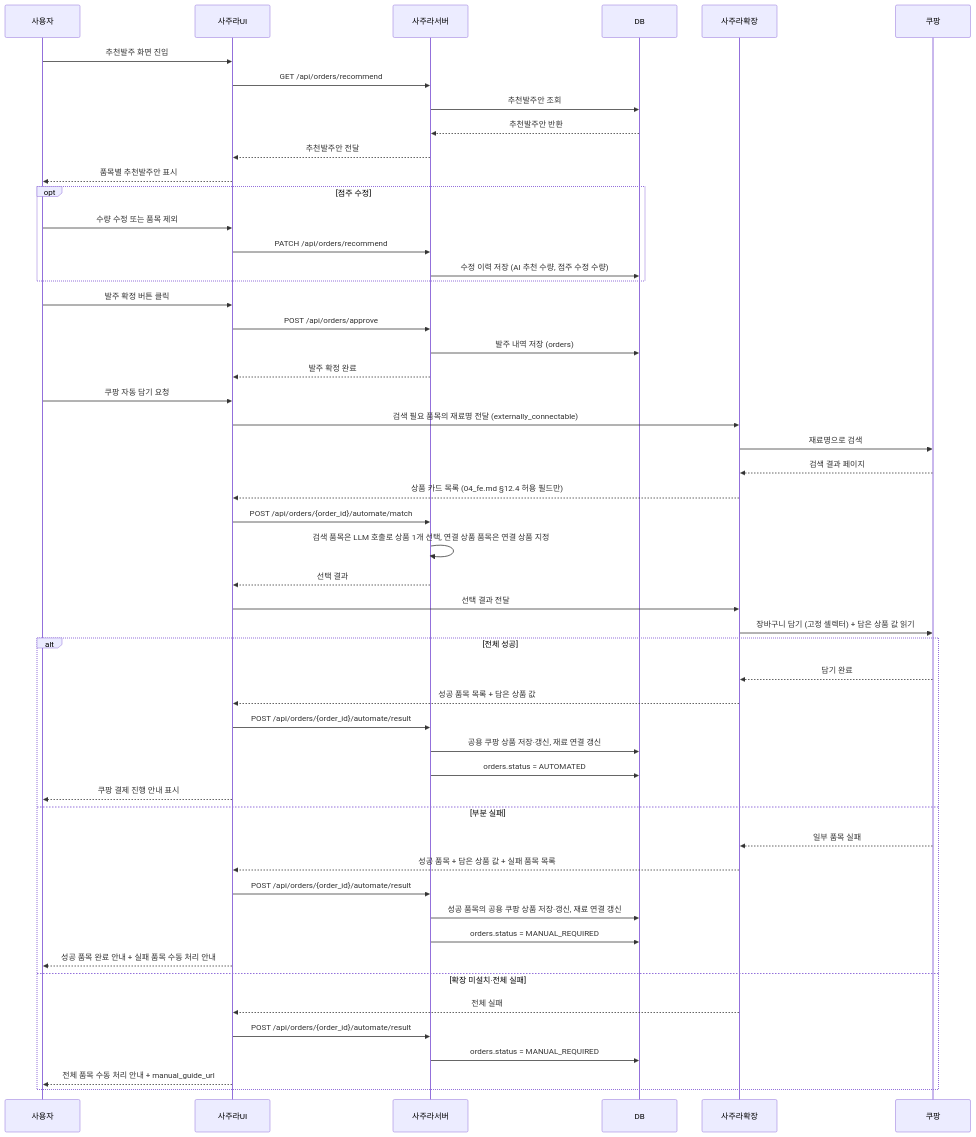
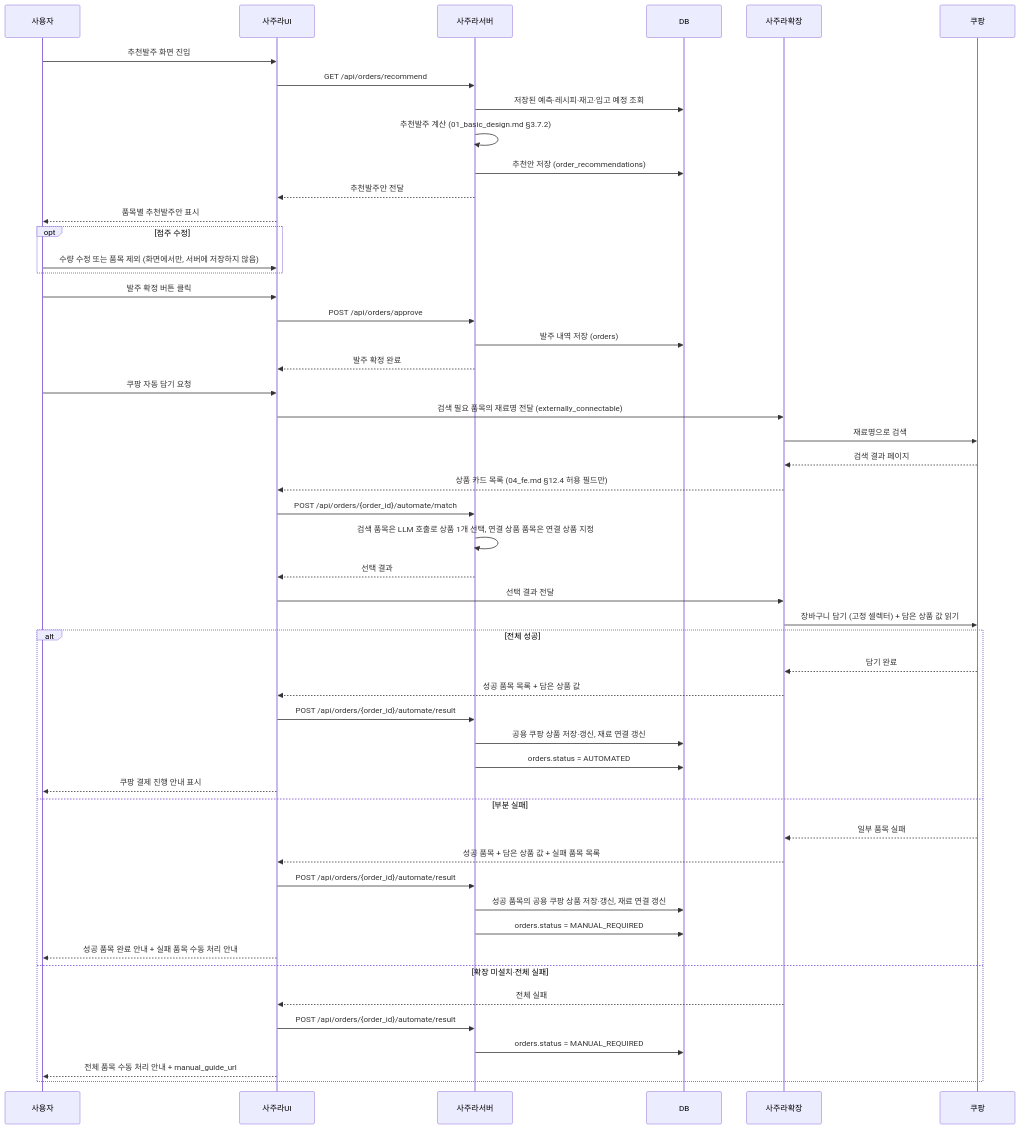
Before and after one commit to h-taek/CapstoneDesign-Sajura: the third of 8 diagrams in docs/spec/02_implementation_design.md, drawn with Mermaid. The commit also changed other lines of this file and 6 other files, not shown here.

````diff
--- a/docs/spec/02_implementation_design.md
+++ b/docs/spec/02_implementation_design.md
@@ -292,59 +294,58 @@
 ```mermaid
 sequenceDiagram
     participant 사용자
     participant 사주라UI
     participant 사주라서버
     participant DB
     participant 확장 as 사주라확장
     participant 쿠팡
 
     사용자->>사주라UI: 추천발주 화면 진입
     사주라UI->>사주라서버: GET /api/orders/recommend
-    사주라서버->>DB: 추천발주안 조회
-    DB-->>사주라서버: 추천발주안 반환
+    사주라서버->>DB: 저장된 예측·레시피·재고·입고 예정 조회
+    사주라서버->>사주라서버: 추천발주 계산 (01_basic_design.md §3.7.2)
+    사주라서버->>DB: 추천안 저장 (order_recommendations)
     사주라서버-->>사주라UI: 추천발주안 전달
     사주라UI-->>사용자: 품목별 추천발주안 표시
 
     opt 점주 수정
-        사용자->>사주라UI: 수량 수정 또는 품목 제외
-        사주라UI->>사주라서버: PATCH /api/orders/recommend
-        사주라서버->>DB: 수정 이력 저장 (AI 추천 수량, 점주 수정 수량)
+        사용자->>사주라UI: 수량 수정 또는 품목 제외 (화면에서만, 서버에 저장하지 않음)
     end
 
     사용자->>사주라UI: 발주 확정 버튼 클릭
     사주라UI->>사주라서버: POST /api/orders/approve
     사주라서버->>DB: 발주 내역 저장 (orders)
     사주라서버-->>사주라UI: 발주 확정 완료
 
     사용자->>사주라UI: 쿠팡 자동 담기 요청
     사주라UI->>확장: 검색 필요 품목의 재료명 전달 (externally_connectable)
     확장->>쿠팡: 재료명으로 검색
     쿠팡-->>확장: 검색 결과 페이지
     확장-->>사주라UI: 상품 카드 목록 (04_fe.md §12.4 허용 필드만)
     사주라UI->>사주라서버: POST /api/orders/{order_id}/automate/match
     사주라서버->>사주라서버: 검색 품목은 LLM 호출로 상품 1개 선택, 연결 상품 품목은 연결 상품 지정
     사주라서버-->>사주라UI: 선택 결과
     사주라UI->>확장: 선택 결과 전달
     확장->>쿠팡: 장바구니 담기 (고정 셀렉터) + 담은 상품 값 읽기
 
     alt 전체 성공
         쿠팡-->>확장: 담기 완료
         확장-->>사주라UI: 성공 품목 목록 + 담은 상품 값
         사주라UI->>사주라서버: POST /api/orders/{order_id}/automate/result
         사주라서버->>DB: 공용 쿠팡 상품 저장·갱신, 재료 연결 갱신
         사주라서버->>DB: orders.status = AUTOMATED
         사주라UI-->>사용자: 쿠팡 결제 진행 안내 표시
     else 부분 실패
         쿠팡-->>확장: 일부 품목 실패
         확장-->>사주라UI: 성공 품목 + 담은 상품 값 + 실패 품목 목록
         사주라UI->>사주라서버: POST /api/orders/{order_id}/automate/result
         사주라서버->>DB: 성공 품목의 공용 쿠팡 상품 저장·갱신, 재료 연결 갱신
         사주라서버->>DB: orders.status = MANUAL_REQUIRED
         사주라UI-->>사용자: 성공 품목 완료 안내 + 실패 품목 수동 처리 안내
     else 확장 미설치·전체 실패
         확장-->>사주라UI: 전체 실패
         사주라UI->>사주라서버: POST /api/orders/{order_id}/automate/result
         사주라서버->>DB: orders.status = MANUAL_REQUIRED
         사주라UI-->>사용자: 전체 품목 수동 처리 안내 + manual_guide_url
     end
 ```
````
